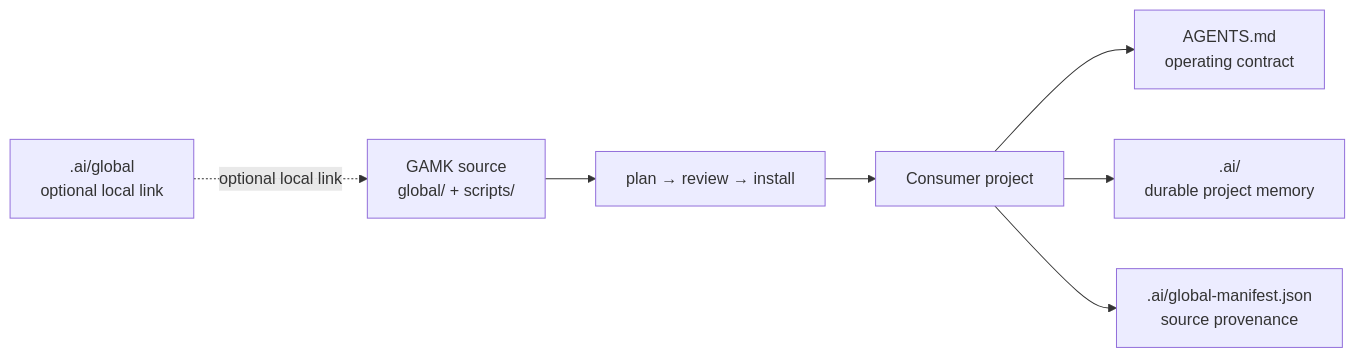
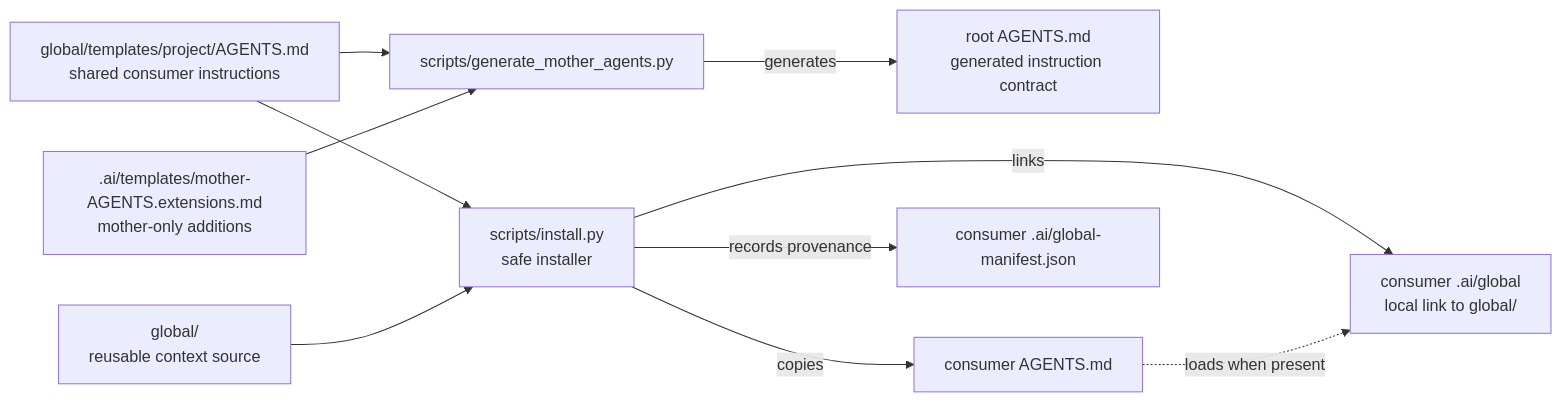
Before and after one commit to marcosrdac/gamk: the fourth of 4 diagrams in README.md, drawn with Mermaid. The commit also changed other lines of this file and 2 other files, not shown here.

Commit message:
docs: add AGENTS-first Mermaid review gallery

````diff
--- a/README.md
+++ b/README.md
@@ -22,16 +290,22 @@
 ```mermaid
 flowchart LR
-    S["GAMK source<br/>global/ + scripts/"]
-    P["plan → review → install"]
-    C["Consumer project"]
-    I["AGENTS.md<br/>operating contract"]
-    M[".ai/<br/>durable project memory"]
-    V[".ai/global-manifest.json<br/>source provenance"]
-    G[".ai/global<br/>optional local link"]
+    T["global/templates/project/AGENTS.md<br/>shared consumer instructions"]
+    X[".ai/templates/mother-AGENTS.extensions.md<br/>mother-only additions"]
+    N["scripts/generate_mother_agents.py"]
+    A["root AGENTS.md<br/>generated instruction contract"]
+    I["scripts/install.py<br/>safe installer"]
+    G["global/<br/>reusable context source"]
+    C["consumer AGENTS.md"]
+    L["consumer .ai/global<br/>local link to global/"]
+    M["consumer .ai/global-manifest.json"]
 
-    S --> P --> C
-    C --> I
-    C --> M
-    C --> V
-    G -.->|optional local link| S
+    T --> N
+    X --> N
+    N -->|generates| A
+    T --> I
+    G --> I
+    I -->|copies| C
+    I -->|links| L
+    I -->|records provenance| M
+    C -.->|loads when present| L
 ```
````
